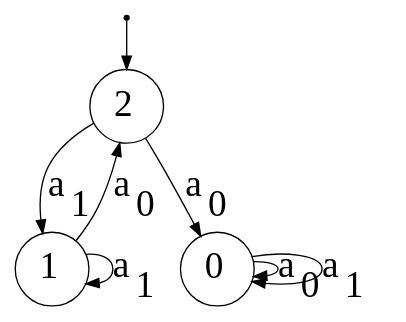
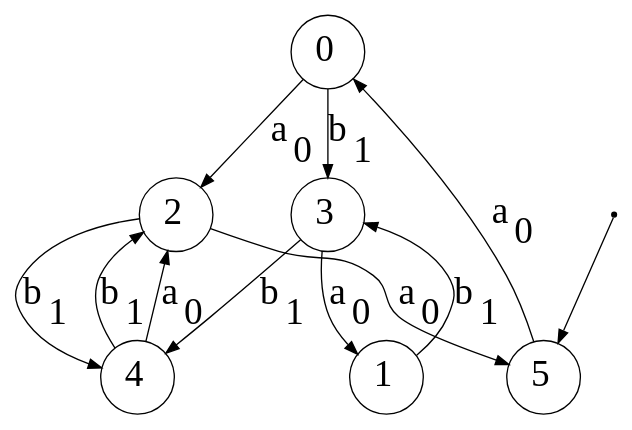
One commit to Reithger/Finite-State-Machine-Model changed the diagram in dotsource.dot. Above: the diagram before and after it, drawn with Graphviz. The commit also changed 4 other files, not shown here.

```diff
--- a/dotsource.dot
+++ b/dotsource.dot
@@ -1,13 +1,20 @@
 digraph G {
 "n0"[label= <0> shape=circle color="black" style=wedged fillcolor="white" style=filled fontsize="28"];
 "n1"[label= <1> shape=circle color="black" style=wedged fillcolor="white" style=filled fontsize="28"];
 "n2"[label= <2> shape=circle color="black" style=wedged fillcolor="white" style=filled fontsize="28"];
-"ArbitraryUnusedNameNoWorriesJustGrooving3"[fontSize=1 shape=point];
-{"ArbitraryUnusedNameNoWorriesJustGrooving3"}->{"n2"};
-{"n0"}->{"n0"}[label = <a<sub>0</sub>> color="black" arrowhead="normal" style="" fontsize="28"];
-{"n0"}->{"n0"}[label = <a<sub>1</sub>> color="black" arrowhead="normal" style="" fontsize="28"];
-{"n1"}->{"n2"}[label = <a<sub>0</sub>> color="black" arrowhead="normal" style="" fontsize="28"];
-{"n1"}->{"n1"}[label = <a<sub>1</sub>> color="black" arrowhead="normal" style="" fontsize="28"];
-{"n2"}->{"n1"}[label = <a<sub>1</sub>> color="black" arrowhead="normal" style="" fontsize="28"];
-{"n2"}->{"n0"}[label = <a<sub>0</sub>> color="black" arrowhead="normal" style="" fontsize="28"];
+"n3"[label= <3> shape=circle color="black" style=wedged fillcolor="white" style=filled fontsize="28"];
+"n4"[label= <4> shape=circle color="black" style=wedged fillcolor="white" style=filled fontsize="28"];
+"n5"[label= <5> shape=circle color="black" style=wedged fillcolor="white" style=filled fontsize="28"];
+"ArbitraryUnusedNameNoWorriesJustGrooving6"[fontSize=1 shape=point];
+{"ArbitraryUnusedNameNoWorriesJustGrooving6"}->{"n5"};
+{"n0"}->{"n3"}[label = <b<sub>1</sub>> color="black" arrowhead="normal" style="" fontsize="28"];
+{"n0"}->{"n2"}[label = <a<sub>0</sub>> color="black" arrowhead="normal" style="" fontsize="28"];
+{"n1"}->{"n3"}[label = <b<sub>1</sub>> color="black" arrowhead="normal" style="" fontsize="28"];
+{"n2"}->{"n5"}[label = <a<sub>0</sub>> color="black" arrowhead="normal" style="" fontsize="28"];
+{"n2"}->{"n4"}[label = <b<sub>1</sub>> color="black" arrowhead="normal" style="" fontsize="28"];
+{"n3"}->{"n4"}[label = <b<sub>1</sub>> color="black" arrowhead="normal" style="" fontsize="28"];
+{"n3"}->{"n1"}[label = <a<sub>0</sub>> color="black" arrowhead="normal" style="" fontsize="28"];
+{"n4"}->{"n2"}[label = <b<sub>1</sub>> color="black" arrowhead="normal" style="" fontsize="28"];
+{"n4"}->{"n2"}[label = <a<sub>0</sub>> color="black" arrowhead="normal" style="" fontsize="28"];
+{"n5"}->{"n0"}[label = <a<sub>0</sub>> color="black" arrowhead="normal" style="" fontsize="28"];
 }
```
